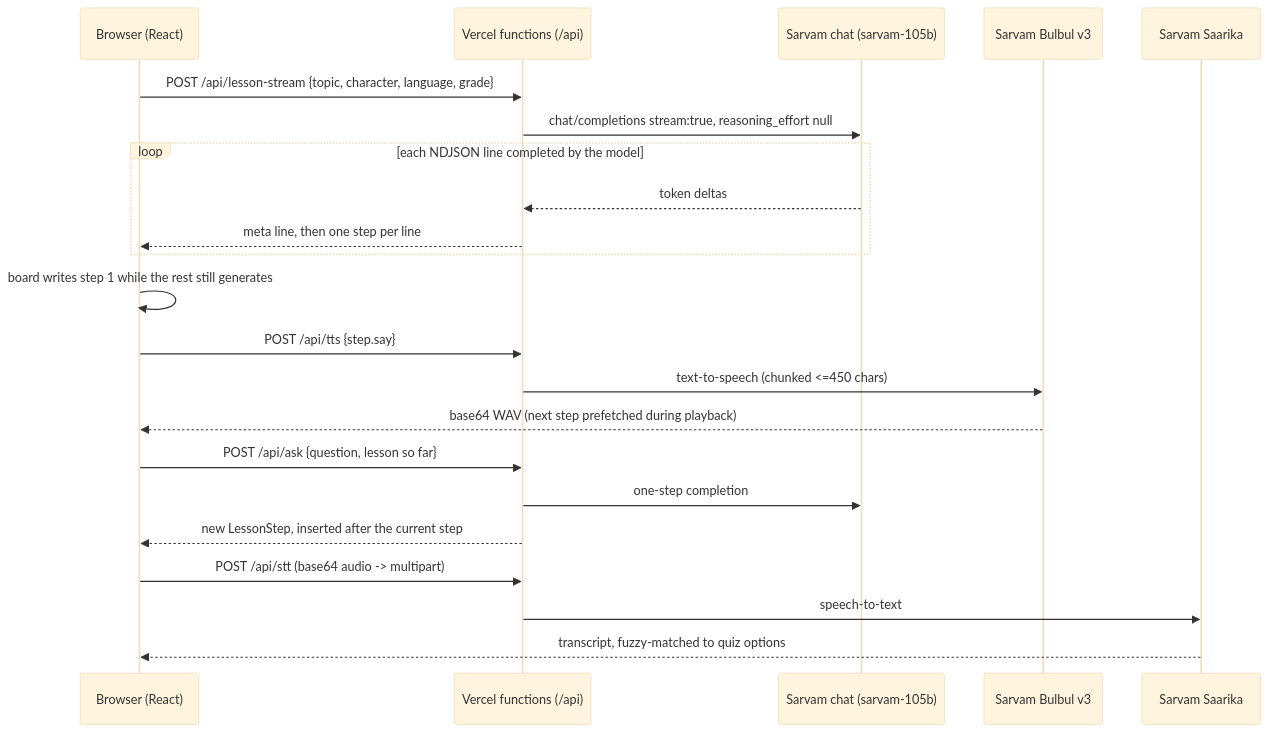
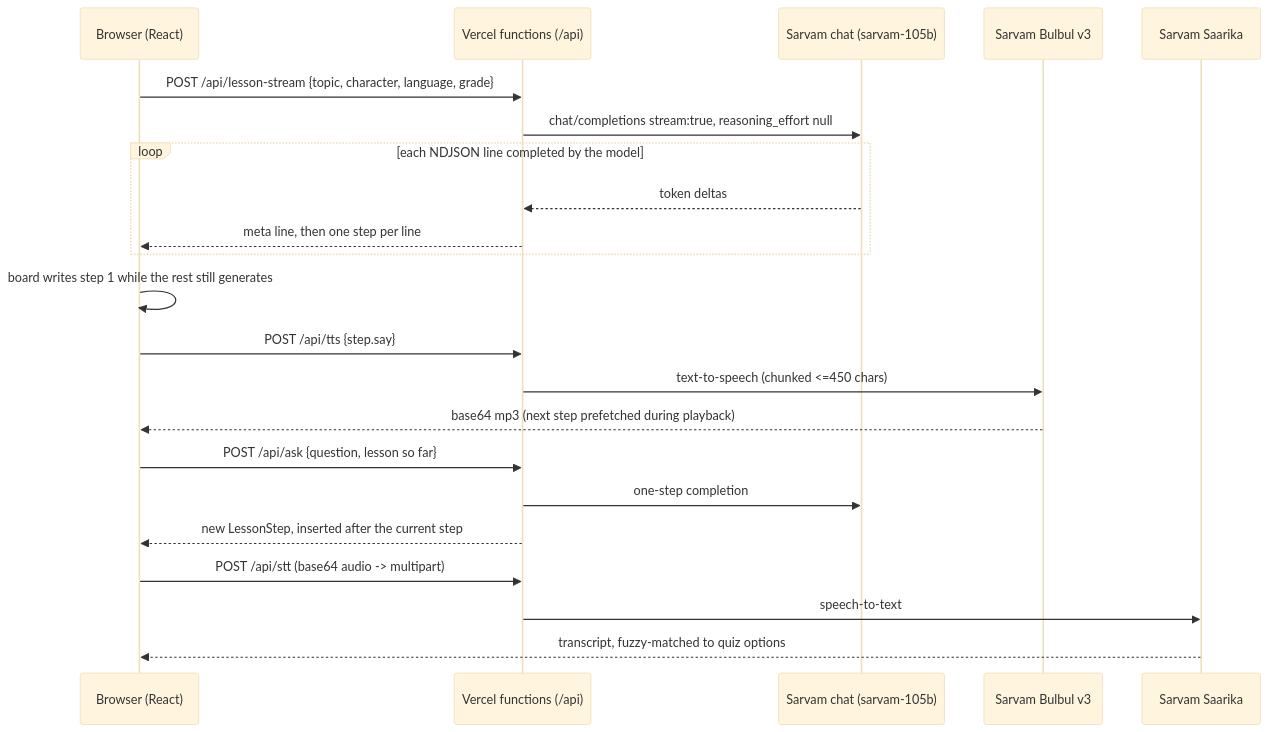
One commit to jemin-023/doodle-class changed the diagram in README.md. Above: the diagram before and after it, drawn with Mermaid (base theme). The commit also changed other lines of this file and 22 other files, not shown here.

````diff
--- a/README.md
+++ b/README.md
@@ -9,24 +9,24 @@
 ```mermaid
 sequenceDiagram
   participant B as Browser (React)
   participant F as Vercel functions (/api)
   participant C as Sarvam chat (sarvam-105b)
   participant T as Sarvam Bulbul v3
   participant S as Sarvam Saarika
   B->>F: POST /api/lesson-stream {topic, character, language, grade}
   F->>C: chat/completions stream:true, reasoning_effort null
   loop each NDJSON line completed by the model
     C-->>F: token deltas
     F-->>B: meta line, then one step per line
   end
   B->>B: board writes step 1 while the rest still generates
   B->>F: POST /api/tts {step.say}
   F->>T: text-to-speech (chunked <=450 chars)
-  T-->>B: base64 WAV (next step prefetched during playback)
+  T-->>B: base64 mp3 (next step prefetched during playback)
   B->>F: POST /api/ask {question, lesson so far}
   F->>C: one-step completion
   F-->>B: new LessonStep, inserted after the current step
   B->>F: POST /api/stt (base64 audio -> multipart)
   F->>S: speech-to-text
   S-->>B: transcript, fuzzy-matched to quiz options
 ```
````
